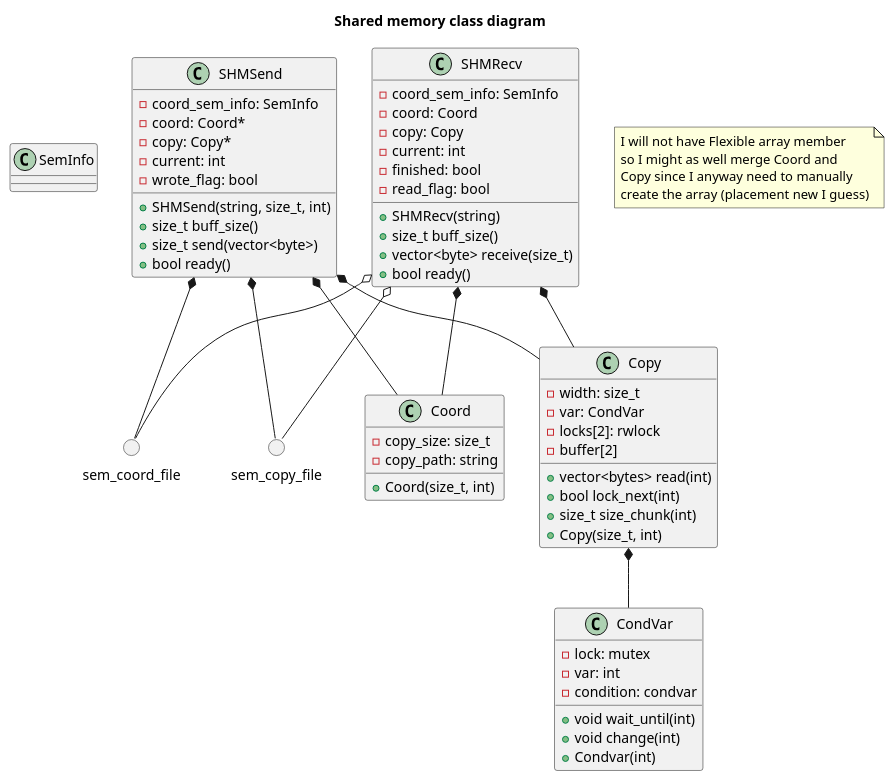
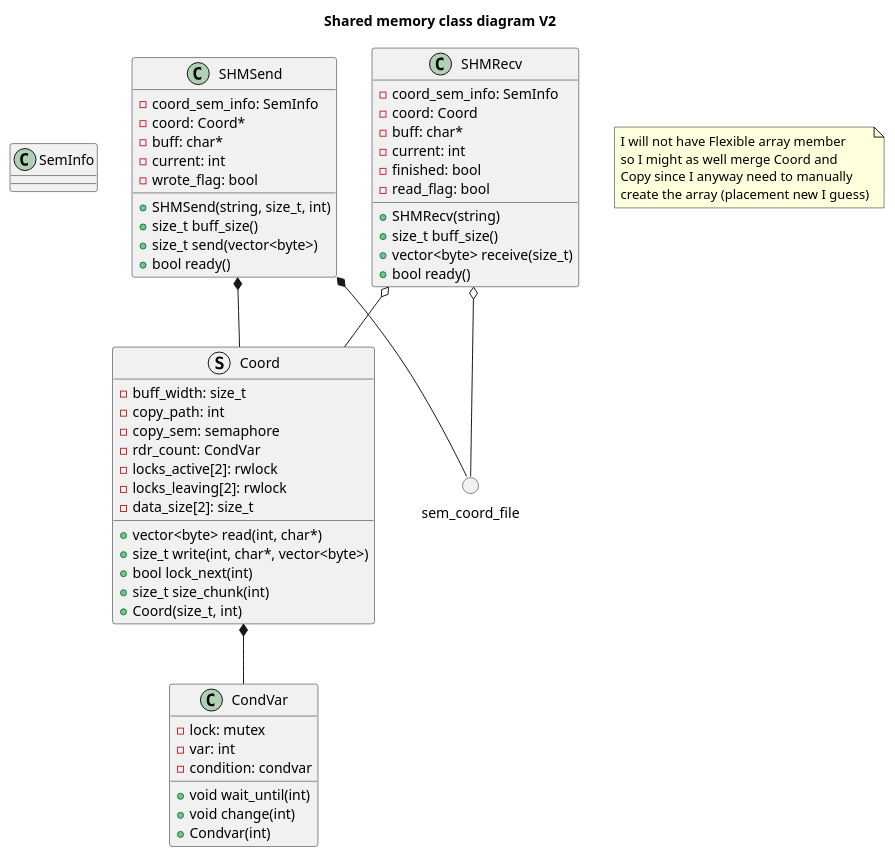
Before and after one commit to LorenzoRuffati/oop-ocp-cpp: the diagram in docs/plantuml/class_shm.puml, drawn with PlantUML.

Commit message:
Update shared memory class uml

```diff
--- a/docs/plantuml/class_shm.puml
+++ b/docs/plantuml/class_shm.puml
@@ -1,80 +1,73 @@
 @startuml shm_class
 !pragma teoz true
-title "Shared memory class diagram"
+title "Shared memory class diagram V2"
 
 class SemInfo {}
 
 class SHMSend {
   - coord_sem_info: SemInfo
   - coord: Coord*
-  - copy: Copy*
+  - buff: char*
   - current: int
   - wrote_flag: bool
   + SHMSend(string, size_t, int)
   + size_t buff_size()
   + size_t send(vector<byte>)
   + bool ready()
 }
 
 class SHMRecv {
   - coord_sem_info: SemInfo
   - coord: Coord
-  - copy: Copy
+  - buff: char*
   - current: int
   - finished: bool
   - read_flag: bool
   + SHMRecv(string)
   + size_t buff_size()
   + vector<byte> receive(size_t)
   + bool ready()
 }
 
-class Coord {
-  - copy_size: size_t
-  - copy_path: string
+struct Coord {
+  - buff_width: size_t
+  - copy_path: int
+  - copy_sem: semaphore
+  - rdr_count: CondVar
+  - locks_active[2]: rwlock
+  - locks_leaving[2]: rwlock
+  - data_size[2]: size_t
+  + vector<byte> read(int, char*)
+  + size_t write(int, char*, vector<byte>)
+  + bool lock_next(int)
+  + size_t size_chunk(int)
   + Coord(size_t, int)
 }
 
-class Copy  {
-  - width: size_t
-  - var: CondVar
-  - locks[2]: rwlock
-  - buffer[2]
-  + vector<bytes> read(int)
-  + bool lock_next(int)
-  + size_t size_chunk(int)
-  + Copy(size_t, int)
-}
-
 () sem_coord_file as scrd
-() sem_copy_file as scp
 
 class CondVar {
   - lock: mutex
   - var: int
   - condition: condvar
   + void wait_until(int)
   + void change(int)
   + Condvar(int)
 }
 
 note as N1
 I will not have Flexible array member 
 so I might as well merge Coord and
 Copy since I anyway need to manually
 create the array (placement new I guess)
 end note
 
 SHMSend *-- scrd
-SHMSend *-- scp
 SHMRecv o-- scrd
-SHMRecv o-- scp
 
 SHMSend *-- Coord
-SHMSend *-- Copy
-SHMRecv *-- Coord
-SHMRecv *-- Copy
+SHMRecv o-- Coord
 
-Copy *-- CondVar
+Coord *-- CondVar
 
 @enduml
```
